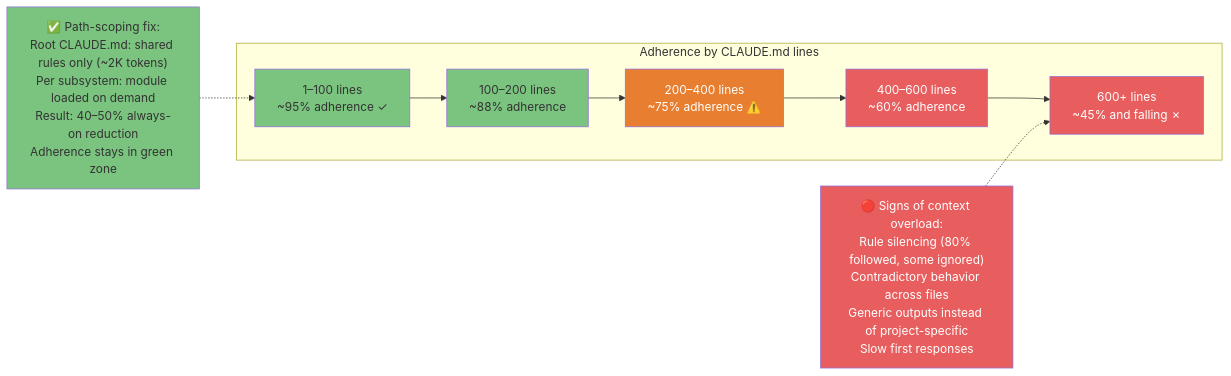
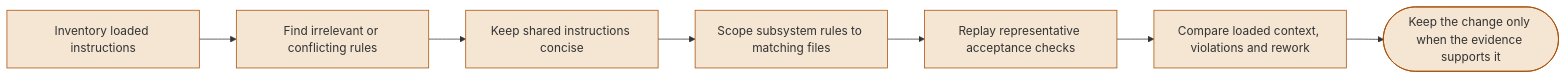
Before and after one commit to FlorianBruniaux/claude-code-ultimate-guide: the second of 4 diagrams in guide/diagrams/11-context-engineering.md, drawn with Mermaid. The commit also changed other lines of this file and 17 other files, not shown here.

Commit message:
docs: refresh all diagrams and correct their source guidance

````diff
--- a/guide/diagrams/11-context-engineering.md
+++ b/guide/diagrams/11-context-engineering.md
@@ -96,32 +70,19 @@
 ```mermaid
 flowchart LR
-    subgraph ZONES["Adherence by CLAUDE.md lines"]
-        Z1["1–100 lines<br/>~95% adherence ✓"]
-        Z2["100–200 lines<br/>~88% adherence"]
-        Z3["200–400 lines<br/>~75% adherence ⚠️"]
-        Z4["400–600 lines<br/>~60% adherence"]
-        Z5["600+ lines<br/>~45% and falling ✗"]
-    end
+    A[Inventory loaded instructions] --> B[Find irrelevant or conflicting rules]
+    B --> C[Keep shared instructions concise]
+    C --> D[Scope subsystem rules to matching files]
+    D --> E[Replay representative acceptance checks]
+    E --> F[Compare loaded context, violations and rework]
+    F --> G([Keep the change only when the evidence supports it])
 
-    Z1 --> Z2 --> Z3 --> Z4 --> Z5
-
-    FIX["✅ Path-scoping fix:<br/>Root CLAUDE.md: shared rules only (~2K tokens)<br/>Per subsystem: module loaded on demand<br/>Result: 40–50% always-on reduction<br/>Adherence stays in green zone"] -.-> Z1
-
-    SIGNALS["🔴 Signs of context overload:<br/>Rule silencing (80% followed, some ignored)<br/>Contradictory behavior across files<br/>Generic outputs instead of project-specific<br/>Slow first responses"] -.-> Z5
-
-    style Z1 fill:#7BC47F,color:#333
-    style Z2 fill:#7BC47F,color:#333
-    style Z3 fill:#E87E2F,color:#fff
-    style Z4 fill:#E85D5D,color:#fff
-    style Z5 fill:#E85D5D,color:#fff
-    style FIX fill:#7BC47F,color:#333
-    style SIGNALS fill:#E85D5D,color:#fff
-
-    click Z1 href "https://github.com/FlorianBruniaux/claude-code-ultimate-guide/blob/main/guide/core/context-engineering.md#2-the-context-budget" "1-100 lines: ~95%"
-    click Z2 href "https://github.com/FlorianBruniaux/claude-code-ultimate-guide/blob/main/guide/core/context-engineering.md#2-the-context-budget" "100-200 lines: ~88%"
-    click Z3 href "https://github.com/FlorianBruniaux/claude-code-ultimate-guide/blob/main/guide/core/context-engineering.md#2-the-context-budget" "200-400 lines: ~75%"
-    click Z4 href "https://github.com/FlorianBruniaux/claude-code-ultimate-guide/blob/main/guide/core/context-engineering.md#2-the-context-budget" "400-600 lines: ~60%"
-    click Z5 href "https://github.com/FlorianBruniaux/claude-code-ultimate-guide/blob/main/guide/core/context-engineering.md#2-the-context-budget" "600+ lines: ~45%"
-    click FIX href "https://github.com/FlorianBruniaux/claude-code-ultimate-guide/blob/main/guide/core/context-engineering.md#2-the-context-budget" "Path-scoping fix"
-    click SIGNALS href "https://github.com/FlorianBruniaux/claude-code-ultimate-guide/blob/main/guide/core/context-engineering.md#2-the-context-budget" "Signs of overload"
+    classDef diagramNode fill:#F5E6D3,color:#333,stroke:#A64B00
+    class A,B,C,D,E,F,G diagramNode
+    click A href "https://github.com/FlorianBruniaux/claude-code-ultimate-guide/blob/main/guide/core/context-engineering.md#2-the-context-budget" "View in guide"
+    click B href "https://github.com/FlorianBruniaux/claude-code-ultimate-guide/blob/main/guide/core/context-engineering.md#2-the-context-budget" "View in guide"
+    click C href "https://github.com/FlorianBruniaux/claude-code-ultimate-guide/blob/main/guide/core/context-engineering.md#2-the-context-budget" "View in guide"
+    click D href "https://github.com/FlorianBruniaux/claude-code-ultimate-guide/blob/main/guide/core/context-engineering.md#2-the-context-budget" "View in guide"
+    click E href "https://github.com/FlorianBruniaux/claude-code-ultimate-guide/blob/main/guide/core/context-engineering.md#2-the-context-budget" "View in guide"
+    click F href "https://github.com/FlorianBruniaux/claude-code-ultimate-guide/blob/main/guide/core/context-engineering.md#2-the-context-budget" "View in guide"
+    click G href "https://github.com/FlorianBruniaux/claude-code-ultimate-guide/blob/main/guide/core/context-engineering.md#2-the-context-budget" "View in guide"
 ```
````
